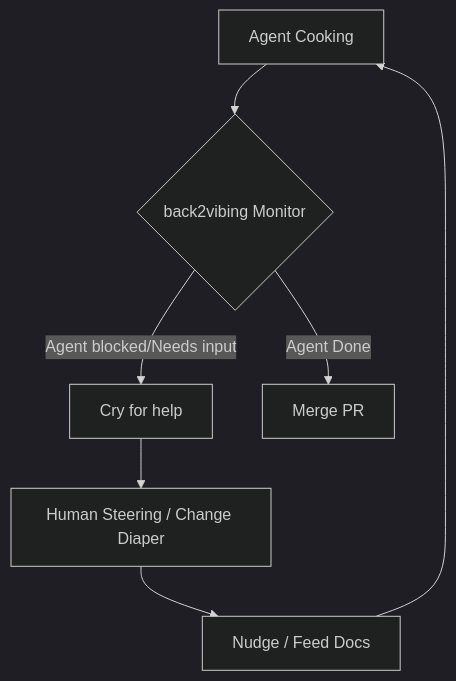
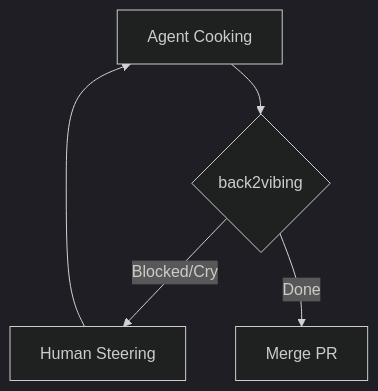
The fourth of 4 diagrams in src/content/blog/babysitting-agents-in-2026.md (builtby-win/ston), drawn with Mermaid before and after one commit. The commit also changed other lines of this file, not shown here.

Commit message:
Overhaul blog post with essence diagram, 90/10 comparison table, and simplified Mermaid charts

````diff
--- a/src/content/blog/babysitting-agents-in-2026.md
+++ b/src/content/blog/babysitting-agents-in-2026.md
@@ -122,10 +97,8 @@
 ```mermaid
 %%{init: {'theme': 'dark', 'themeVariables': { 'fontSize': '16px' }}}%%
 graph TD
-    A[Agent Cooking] --> B{back2vibing Monitor}
-    B -->|Agent blocked/Needs input| C[Cry for help]
-    C --> D[Human Steering / Change Diaper]
-    D --> E[Nudge / Feed Docs]
-    E --> A
-    B -->|Agent Done| F[Merge PR]
+    A[Agent Cooking] --> B{back2vibing}
+    B -->|Blocked/Cry| C[Human Steering]
+    C --> A
+    B -->|Done| D[Merge PR]
 ```
````
